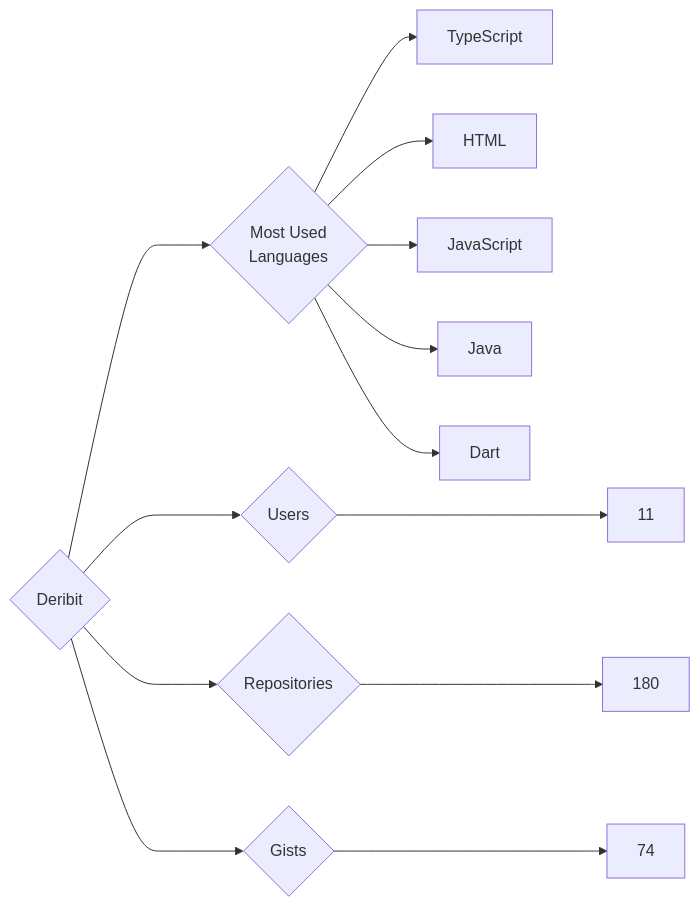
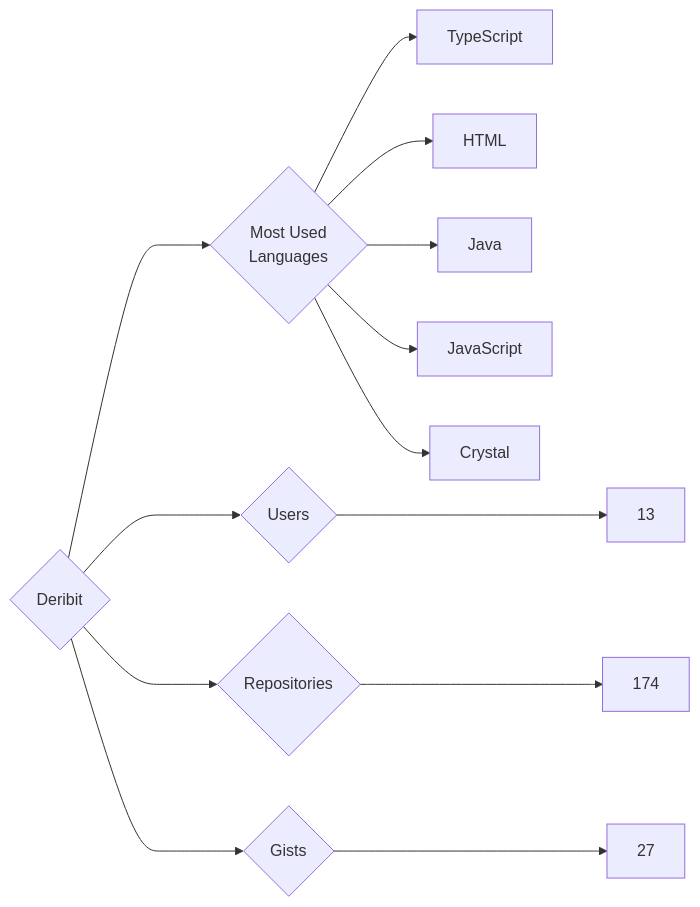
One commit to trickest/insiders changed the diagram in targets/Deribit/README.md. Above: the diagram before and after it, drawn with Mermaid. The commit also changed 1123 other files, not shown here.

````diff
--- a/targets/Deribit/README.md
+++ b/targets/Deribit/README.md
@@ -3,13 +3,13 @@
 ```mermaid
 graph LR
 COMPANY_NAME{Deribit}
-COMPANY_NAME ---> U{Users} ---> UN[11]
-COMPANY_NAME ---> R{Repositories} ---> RN[180]
-COMPANY_NAME ---> G{Gists} ---> GN[74]
+COMPANY_NAME ---> U{Users} ---> UN[13]
+COMPANY_NAME ---> R{Repositories} ---> RN[174]
+COMPANY_NAME ---> G{Gists} ---> GN[27]
 COMPANY_NAME ---> ML{Most Used<br>Languages}
 ML --> TypeScript[TypeScript]
 ML --> HTML[HTML]
+ML --> Java[Java]
 ML --> JavaScript[JavaScript]
-ML --> Java[Java]
-ML --> Dart[Dart]
+ML --> Crystal[Crystal]
 ```
````
